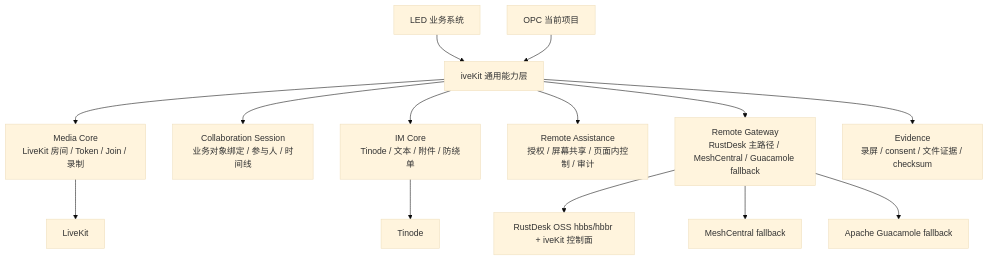
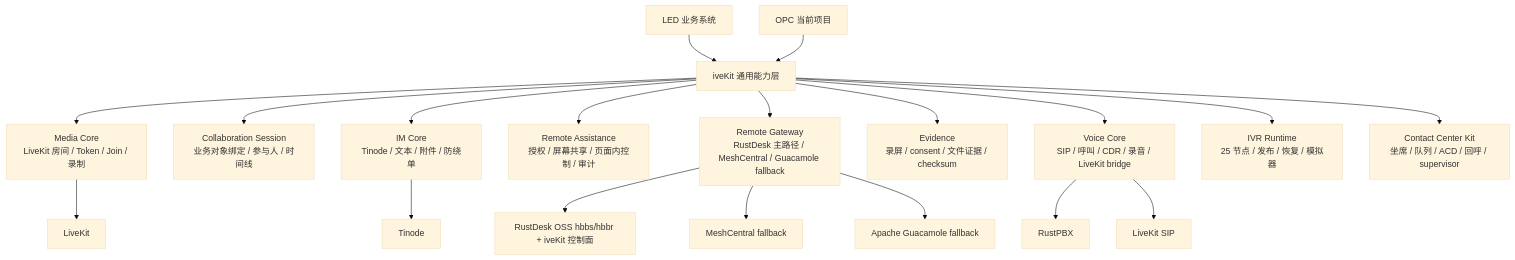
One commit to songgoldenwind-crypto/converact-platform changed the first of 2 diagrams in docs/iveKit视频IM通用能力详细设计.md. Above: the diagram before and after it, drawn with Mermaid (base theme). The commit also changed other lines of this file and 16 other files, not shown here.

````diff
--- a/docs/iveKit视频IM通用能力详细设计.md
+++ b/docs/iveKit视频IM通用能力详细设计.md
@@ -35,18 +35,23 @@
 ```mermaid
 flowchart TB
   LED["LED 业务系统"] --> IveKit["iveKit 通用能力层"]
   OPC["OPC 当前项目"] --> IveKit
 
   IveKit --> Media["Media Core\nLiveKit 房间 / Token / Join / 录制"]
   IveKit --> Collab["Collaboration Session\n业务对象绑定 / 参与人 / 时间线"]
   IveKit --> IM["IM Core\nTinode / 文本 / 附件 / 防绕单"]
   IveKit --> Remote["Remote Assistance\n授权 / 屏幕共享 / 页面内控制 / 审计"]
   IveKit --> Gateway["Remote Gateway\nRustDesk 主路径 / MeshCentral / Guacamole fallback"]
   IveKit --> Evidence["Evidence\n录屏 / consent / 文件证据 / checksum"]
+  IveKit --> Voice["Voice Core\nSIP / 呼叫 / CDR / 录音 / LiveKit bridge"]
+  IveKit --> IVR["IVR Runtime\n25 节点 / 发布 / 恢复 / 模拟器"]
+  IveKit --> CC["Contact Center Kit\n坐席 / 队列 / ACD / 回呼 / supervisor"]
 
   Media --> LiveKit["LiveKit"]
   IM --> Tinode["Tinode"]
   Gateway --> RustDesk["RustDesk OSS hbbs/hbbr + iveKit 控制面"]
   Gateway --> MeshCentral["MeshCentral fallback"]
   Gateway --> Guacamole["Apache Guacamole fallback"]
+  Voice --> RustPBX["RustPBX"]
+  Voice --> LiveKitSIP["LiveKit SIP"]
 ```
````
